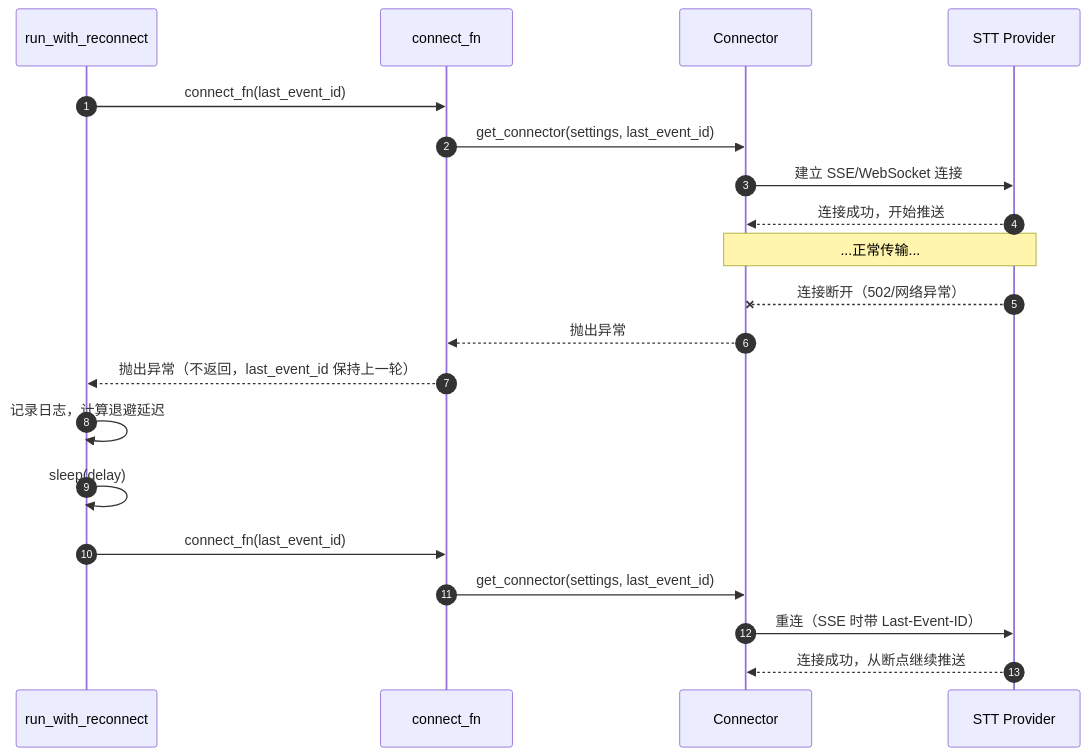
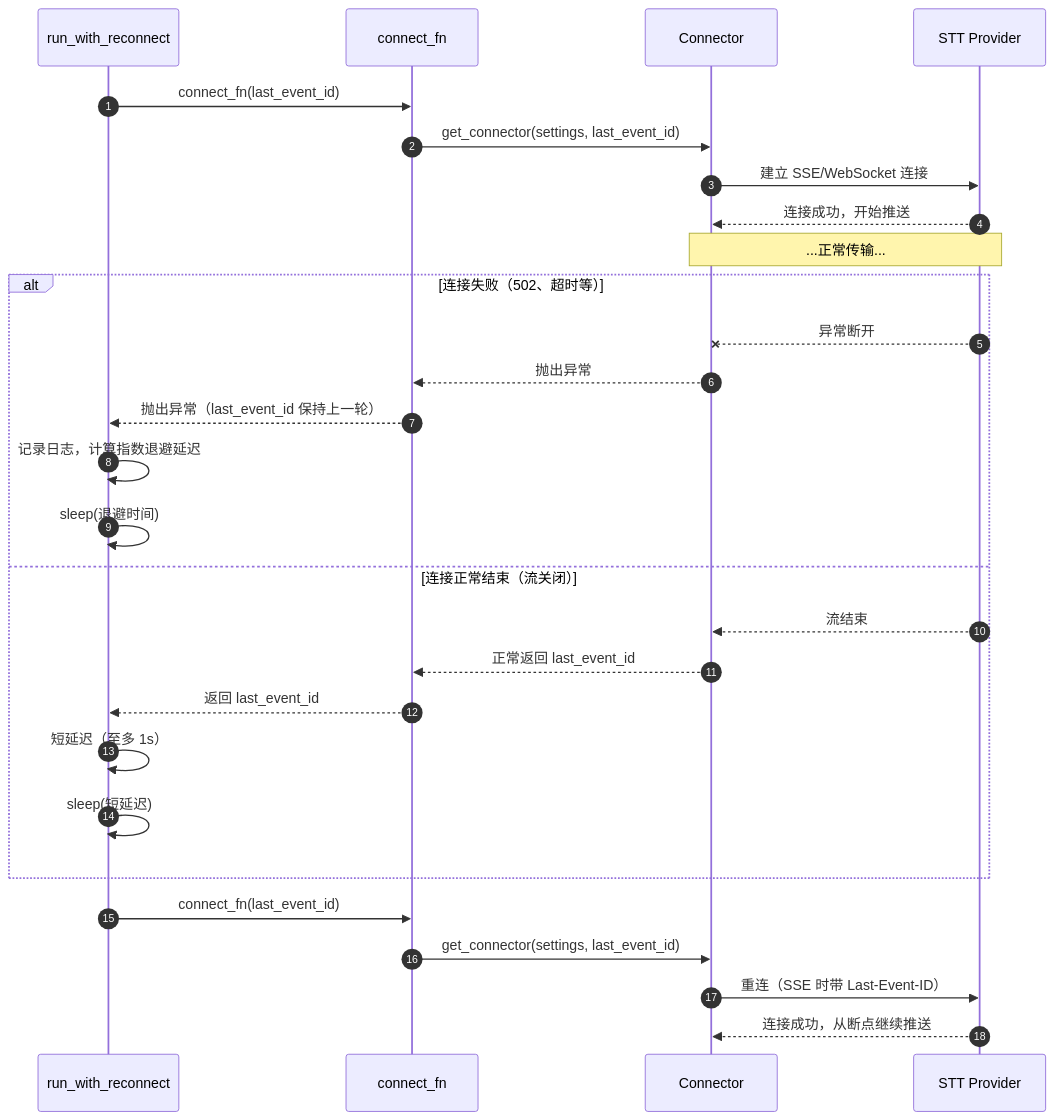
The fifth of 6 diagrams in docs/architecture.md (xiaodouya001/transcribe_service), drawn with Mermaid before and after one commit. The commit also changed other lines of this file and 8 other files, not shown here.

````diff
--- a/docs/architecture.md
+++ b/docs/architecture.md
@@ -192,25 +194,33 @@
 ```mermaid
 sequenceDiagram
     autonumber
     participant Reconnect as run_with_reconnect
     participant Fn as connect_fn
     participant Conn as Connector
     participant STT as STT Provider
 
     Reconnect->>Fn: connect_fn(last_event_id)
     Fn->>Conn: get_connector(settings, last_event_id)
     Conn->>STT: 建立 SSE/WebSocket 连接
     STT-->>Conn: 连接成功，开始推送
     Note over Conn, STT: ...正常传输...
-    STT--xConn: 连接断开（502/网络异常）
-    Conn-->>Fn: 抛出异常
-    Fn-->>Reconnect: 抛出异常（不返回，last_event_id 保持上一轮）
 
-    Reconnect->>Reconnect: 记录日志，计算退避延迟
-    Reconnect->>Reconnect: sleep(delay)
+    alt 连接失败（502、超时等）
+        STT--xConn: 异常断开
+        Conn-->>Fn: 抛出异常
+        Fn-->>Reconnect: 抛出异常（last_event_id 保持上一轮）
+        Reconnect->>Reconnect: 记录日志，计算指数退避延迟
+        Reconnect->>Reconnect: sleep(退避时间)
+    else 连接正常结束（流关闭）
+        STT-->>Conn: 流结束
+        Conn-->>Fn: 正常返回 last_event_id
+        Fn-->>Reconnect: 返回 last_event_id
+        Reconnect->>Reconnect: 短延迟（至多 1s）
+        Reconnect->>Reconnect: sleep(短延迟)
+    end
 
     Reconnect->>Fn: connect_fn(last_event_id)
     Fn->>Conn: get_connector(settings, last_event_id)
     Conn->>STT: 重连（SSE 时带 Last-Event-ID）
     STT-->>Conn: 连接成功，从断点继续推送
 ```
````
